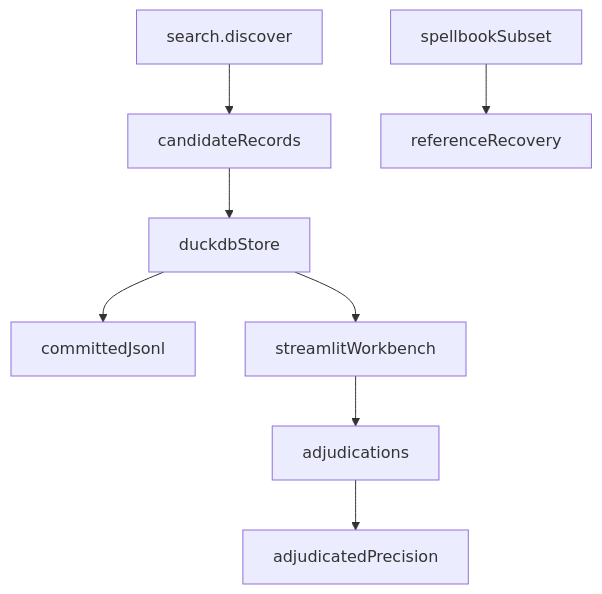
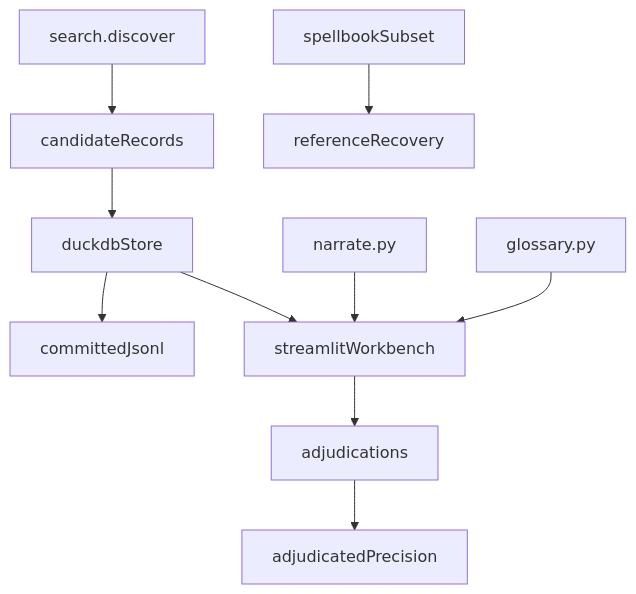
One commit to witzbeck/mtg-loop-engine changed the diagram in src/mtg_loop_engine/eval/README.md. Above: the diagram before and after it, drawn with Mermaid. The commit also changed other lines of this file and 13 other files, not shown here.

First line of the commit message:
Add tutorial adjudication flow and invalid-candidate handling (#1)

````diff
--- a/src/mtg_loop_engine/eval/README.md
+++ b/src/mtg_loop_engine/eval/README.md
@@ -9,10 +9,12 @@
 ```mermaid
 graph TB;
   discover[search.discover] --> candidates[candidateRecords];
   candidates --> duck[duckdbStore];
   duck --> jsonl[committedJsonl];
   duck --> workbench[streamlitWorkbench];
   workbench --> adj[adjudications];
   spellbook[spellbookSubset] --> recovery[referenceRecovery];
   adj --> precision[adjudicatedPrecision];
+  narrate[narrate.py] --> workbench;
+  glossary[glossary.py] --> workbench;
 ```
````
